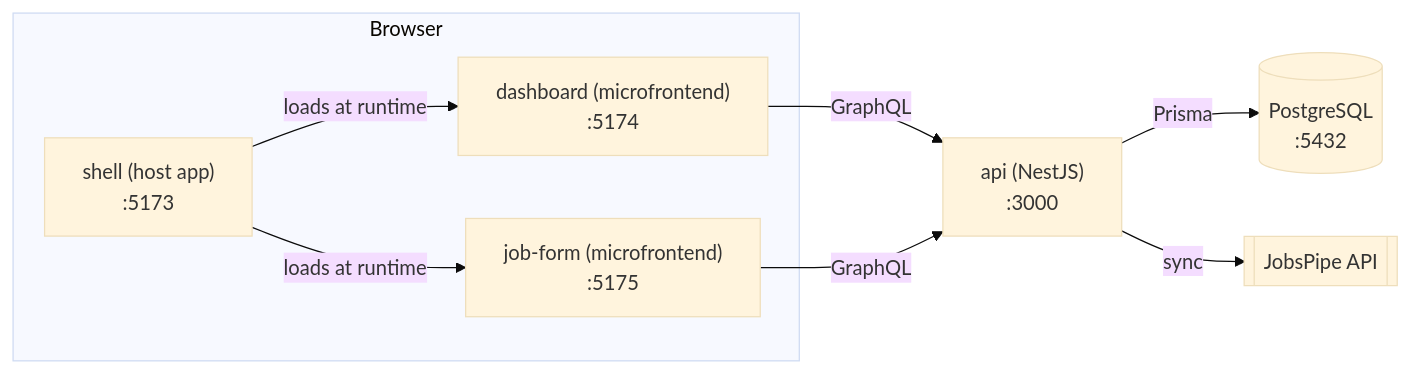
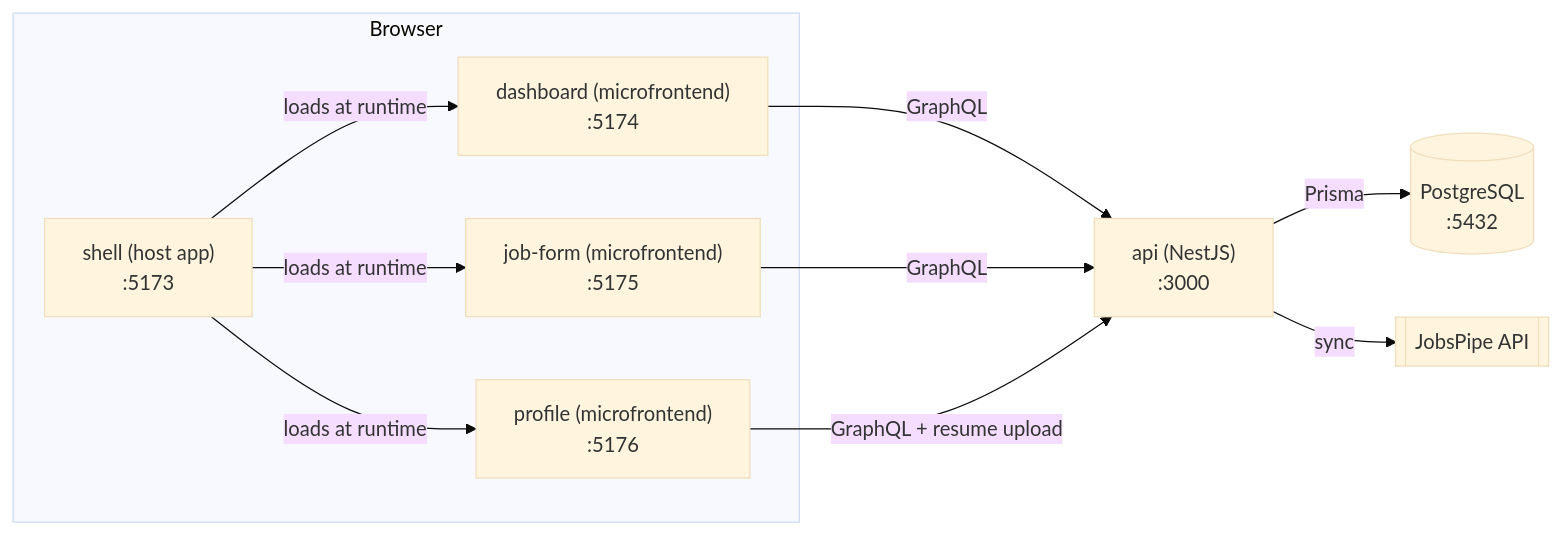
One commit to mohamedfaizel/job-search-dashboard changed the diagram in README.md. Above: the diagram before and after it, drawn with Mermaid (base theme). The commit also changed other lines of this file and 37 other files, not shown here.

First line of the commit message:
Add the profile page with resume upload

````diff
--- a/README.md
+++ b/README.md
@@ -11,17 +11,20 @@
 ```mermaid
 flowchart LR
   subgraph Browser
     shell["shell (host app)<br/>:5173"]
     dashboard["dashboard (microfrontend)<br/>:5174"]
     jobForm["job-form (microfrontend)<br/>:5175"]
+    profile["profile (microfrontend)<br/>:5176"]
     shell -- loads at runtime --> dashboard
     shell -- loads at runtime --> jobForm
+    shell -- loads at runtime --> profile
   end
   api["api (NestJS)<br/>:3000"]
   db[(PostgreSQL<br/>:5432)]
   jobspipe[[JobsPipe API]]
   dashboard -- GraphQL --> api
   jobForm -- GraphQL --> api
+  profile -- GraphQL + resume upload --> api
   api -- Prisma --> db
   api -- sync --> jobspipe
 ```
````
